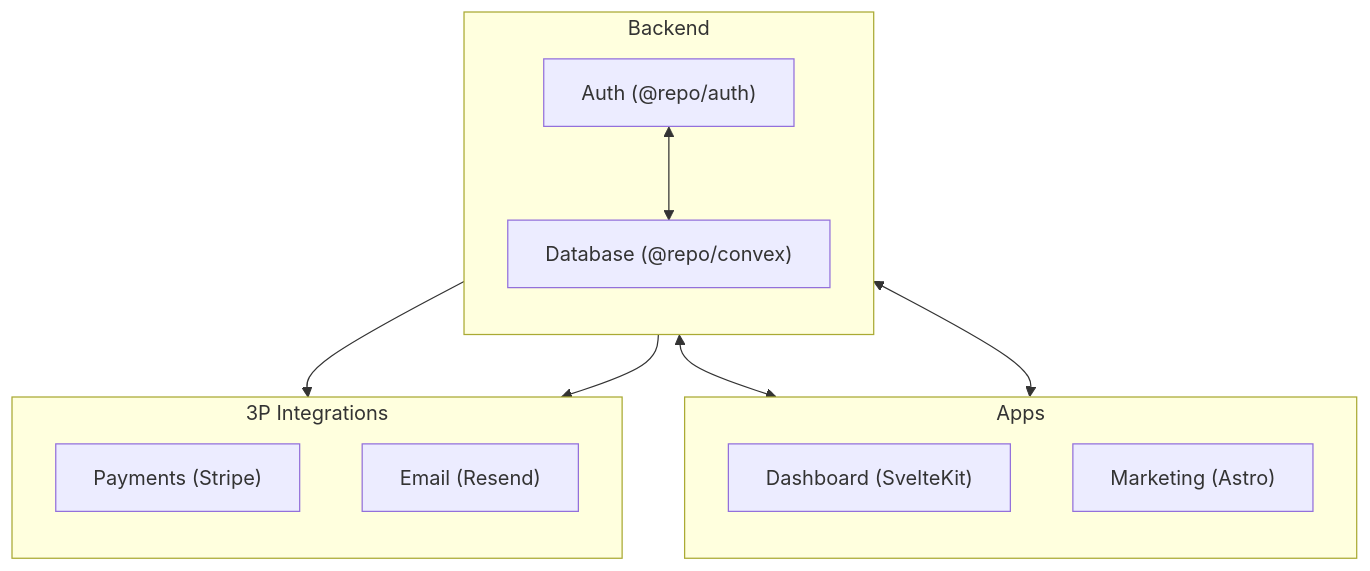
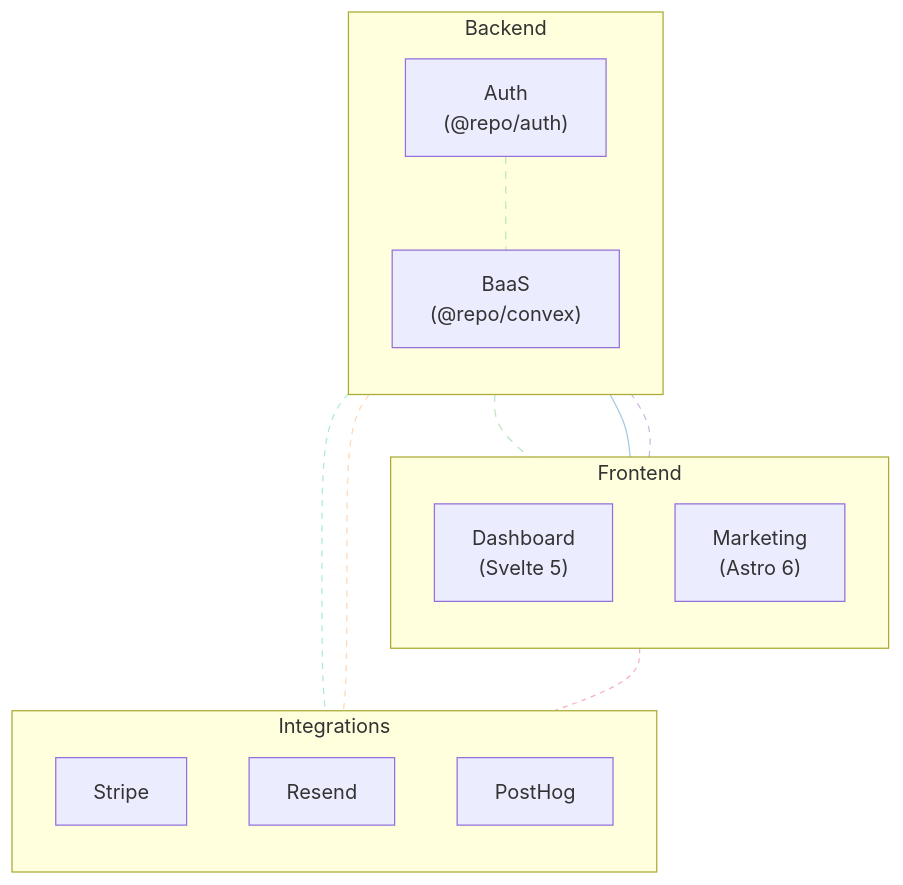
The diagram in README.md (armandthuillart/rosace), drawn with Mermaid before and after one commit. The commit also changed other lines of this file and 1 other file, not shown here.

````diff
--- a/README.md
+++ b/README.md
@@ -121,26 +66,37 @@
 ```mermaid
-flowchart TB
-  subgraph edge[Apps]
+flowchart TD
+  subgraph Frontend
     direction TB
-    dashboard["Dashboard (SvelteKit)"]
-    marketing["Marketing (Astro)"]
+    dashboard["Dashboard<br/>(Svelte 5)"]
+    marketing["Marketing<br/>(Astro 6)"]
   end
 
-  subgraph backend[Backend]
+  subgraph "Backend"
     direction TB
-    convex["Database (@repo/convex)"]
-    auth["Auth (@repo/auth)"]
+    convex["BaaS<br/>(@repo/convex)"]
+    auth["Auth<br/>(@repo/auth)"]
   end
 
-  subgraph thirdParty[3P Integrations]
+  subgraph "Integrations"
     direction TB
-    stripe["Payments (Stripe)"]
-    email["Email (Resend)"]
+    stripe["Stripe"]
+    email["Resend"]
+    posthog["PostHog"]
   end
 
-  dashboard <--> convex
-  auth <--> dashboard
-  auth <--> convex
-  convex --> stripe
-  convex --> email
+  dashboard --- convex
+  marketing --- convex
+  auth -.- dashboard
+  auth -.- convex
+  convex -.- stripe
+  convex -.- email
+  dashboard -.- posthog
+
+  linkStyle 0 stroke:#a3c9e2,stroke-width:1px
+  linkStyle 1 stroke:#ceb6e2,stroke-width:1px,stroke-dasharray:5
+  linkStyle 2 stroke:#b9e6c2,stroke-width:1px,stroke-dasharray:6,stroke:#b9e6c2
+  linkStyle 3 stroke:#b9e6c2,stroke-width:1px,stroke-dasharray:6,stroke:#b9e6c2
+  linkStyle 4 stroke:#aee9e1,stroke-width:1px,stroke-dasharray:5
+  linkStyle 5 stroke:#ffd8b6,stroke-width:1px,stroke-dasharray:5
+  linkStyle 6 stroke:#f6aec7,stroke-width:1px,stroke-dasharray:4
 ```
````
